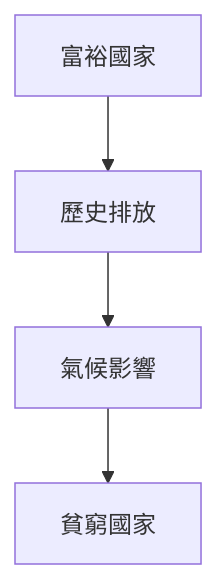
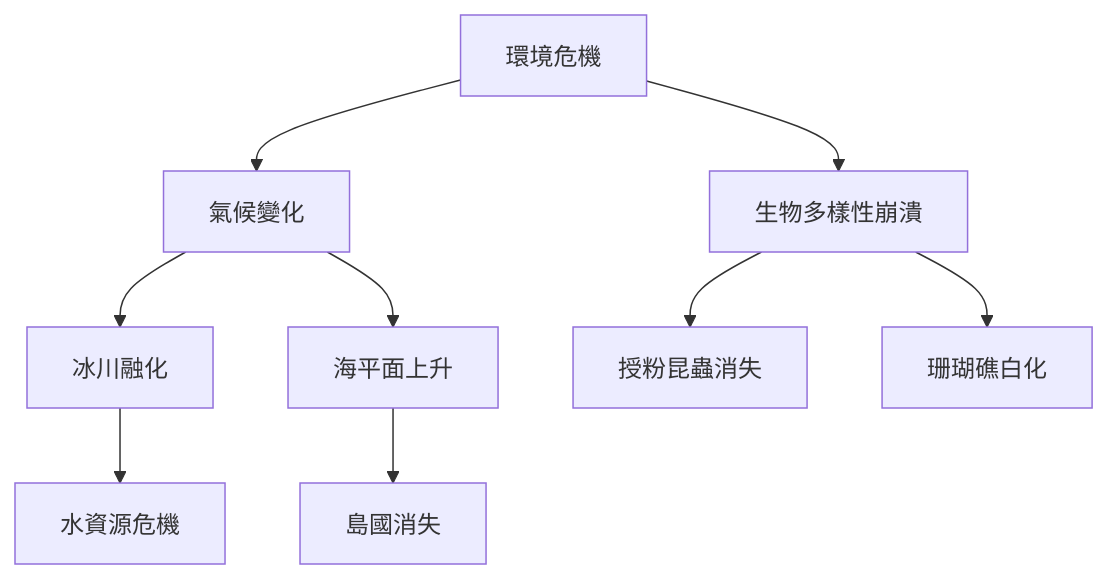
The fifth of 10 diagrams in 01_HKU_Courses/HIST2215_Global_Environmental_History.md (yip-lgtm/HKU-Harvard-History-Self-Study), drawn with Mermaid before and after one commit. The commit also changed other lines of this file and 15 other files, not shown here.

````diff
--- a/01_HKU_Courses/HIST2215_Global_Environmental_History.md
+++ b/01_HKU_Courses/HIST2215_Global_Environmental_History.md
@@ -134,6 +277,11 @@
 ```mermaid
 flowchart TD
-    A[富裕國家] --> B[歷史排放]
-    B --> C[氣候影響]
-    C --> D[貧窮國家]
+    A[環境危機] --> B[氣候變化]
+    B --> C[冰川融化]
+    B --> D[海平面上升]
+    C --> E[水資源危機]
+    D --> F[島國消失]
+    A --> G[生物多樣性崩潰]
+    G --> H[授粉昆蟲消失]
+    G --> I[珊瑚礁白化]
 ```
````
